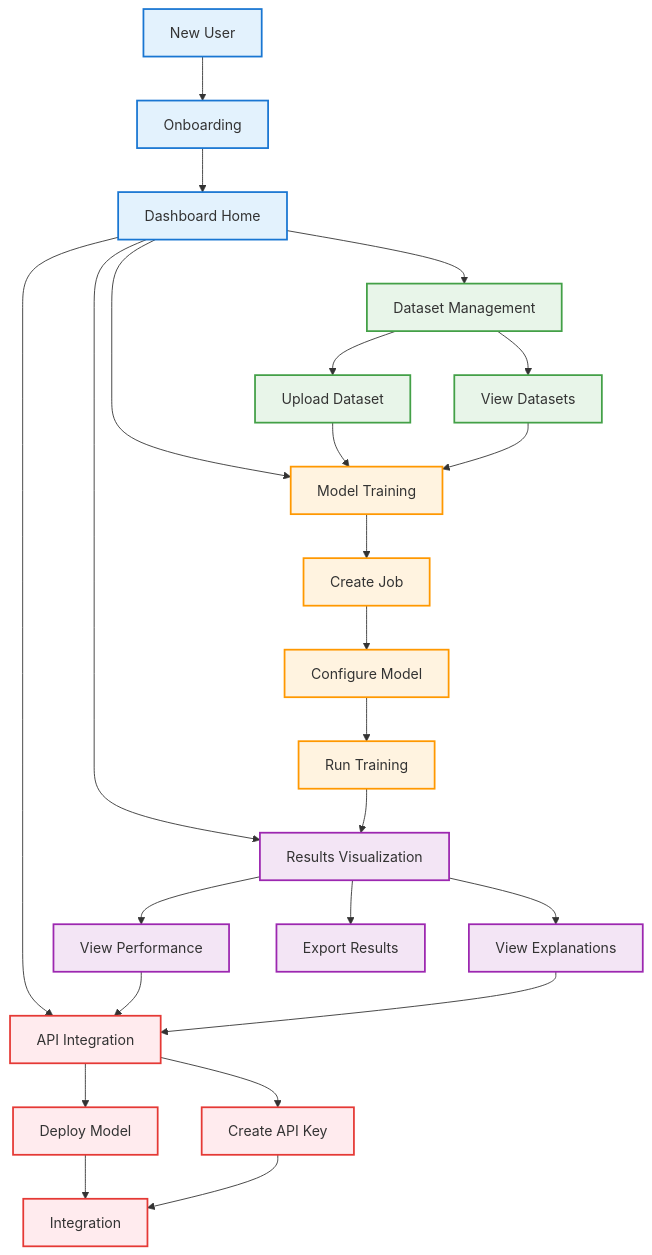
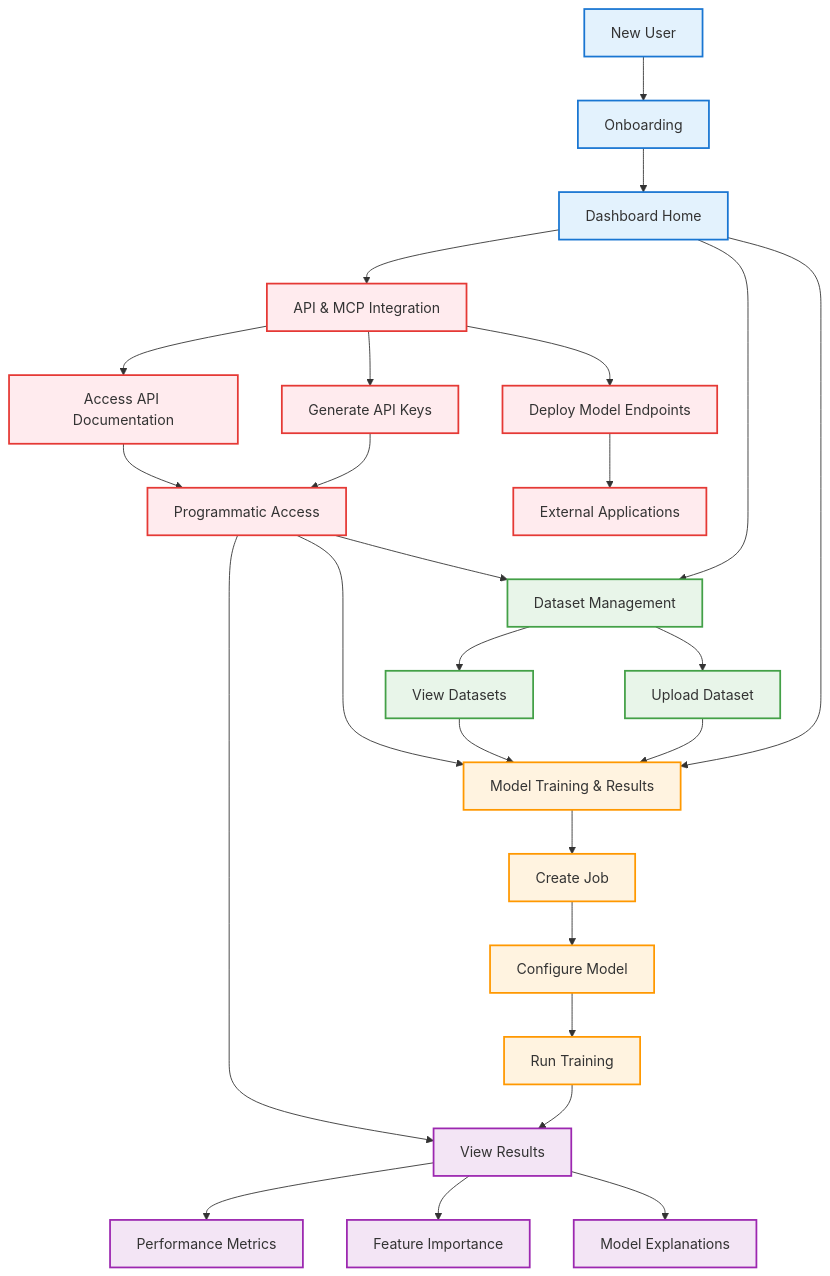
The diagram in docs/user_flow_designs/1_complete-user-journey.md (htnminh/packageml), drawn with Mermaid before and after one commit. The commit also changed other lines of this file and 6 other files, not shown here.

Commit message:
edit flows

````diff
--- a/docs/user_flow_designs/1_complete-user-journey.md
+++ b/docs/user_flow_designs/1_complete-user-journey.md
@@ -1,49 +1,53 @@
 ```mermaid
 graph TD
     %% Main user journey flow
     A[New User] --> B[Onboarding]
     B --> C[Dashboard Home]
     
     C --> D[Dataset Management]
-    C --> E[Model Training]
-    C --> F[API Integration]
-    C --> G[Results Visualization]
+    C --> E[Model Training & Results]
+    C --> F[API & MCP Integration]
     
     %% Dataset flow connections
     D --> D1[Upload Dataset]
     D --> D2[View Datasets]
     D1 --> E
     D2 --> E
     
     %% Training flow connections
     E --> E1[Create Job]
     E1 --> E2[Configure Model]
     E2 --> E3[Run Training]
-    E3 --> G
+    E3 --> E4[View Results]
     
-    %% Results visualization connections
-    G --> G1[View Performance]
-    G --> G2[View Explanations]
-    G --> G3[Export Results]
-    G1 --> F
-    G2 --> F
+    %% Results connections
+    E4 --> E5[Performance Metrics]
+    E4 --> E6[Feature Importance]
+    E4 --> E7[Model Explanations]
     
     %% API integration connections
-    F --> F1[Deploy Model]
-    F --> F2[Create API Key]
-    F1 --> F3[Integration]
-    F2 --> F3
+    F --> F1[Generate API Keys]
+    F --> F2[Access API Documentation]
+    F --> F3[Deploy Model Endpoints]
+    
+    %% API Usage paths
+    F1 --> F4[Programmatic Access]
+    F2 --> F4
+    F4 --> D
+    F4 --> E
+    F4 --> E4
+    F3 --> F5[External Applications]
     
     %% Styling
     classDef primary fill:#e3f2fd,stroke:#1976d2,stroke-width:2px
     classDef dataset fill:#e8f5e9,stroke:#43a047,stroke-width:2px
     classDef training fill:#fff3e0,stroke:#ff9800,stroke-width:2px
     classDef api fill:#ffebee,stroke:#e53935,stroke-width:2px
     classDef results fill:#f3e5f5,stroke:#9c27b0,stroke-width:2px
     
     class A,B,C primary
     class D,D1,D2 dataset
     class E,E1,E2,E3 training
-    class F,F1,F2,F3 api
-    class G,G1,G2,G3 results
+    class E4,E5,E6,E7 results
+    class F,F1,F2,F3,F4,F5 api
 ```
````
